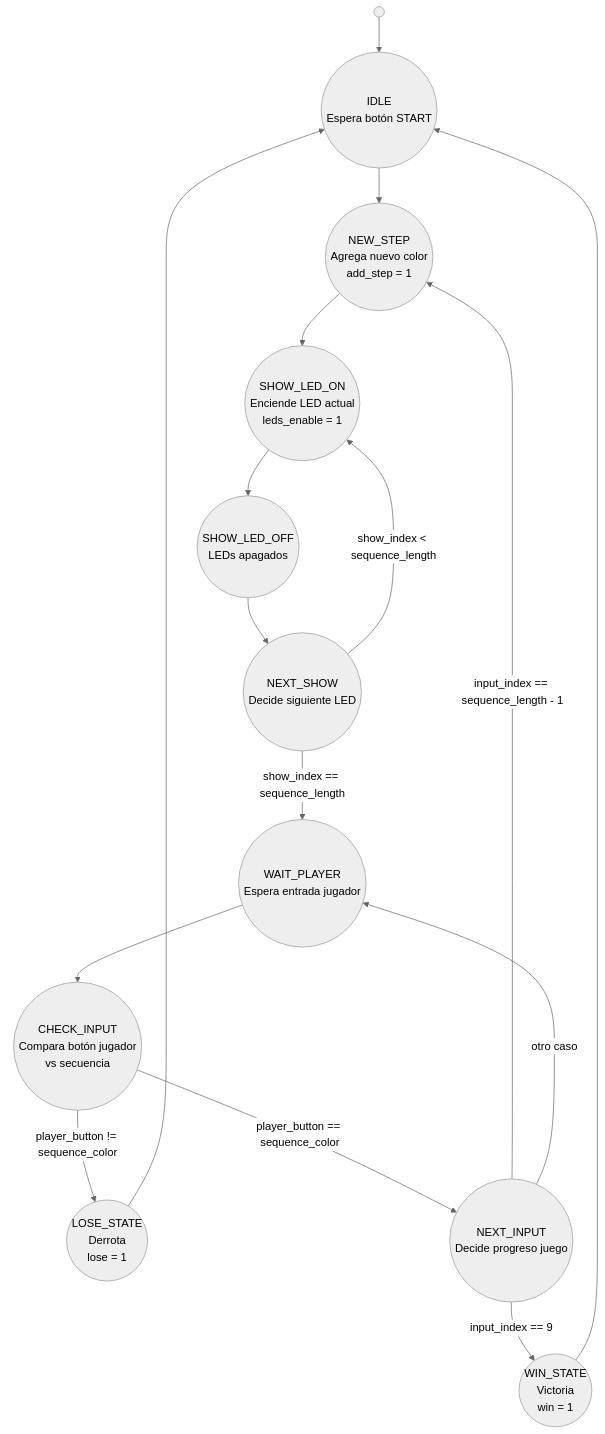
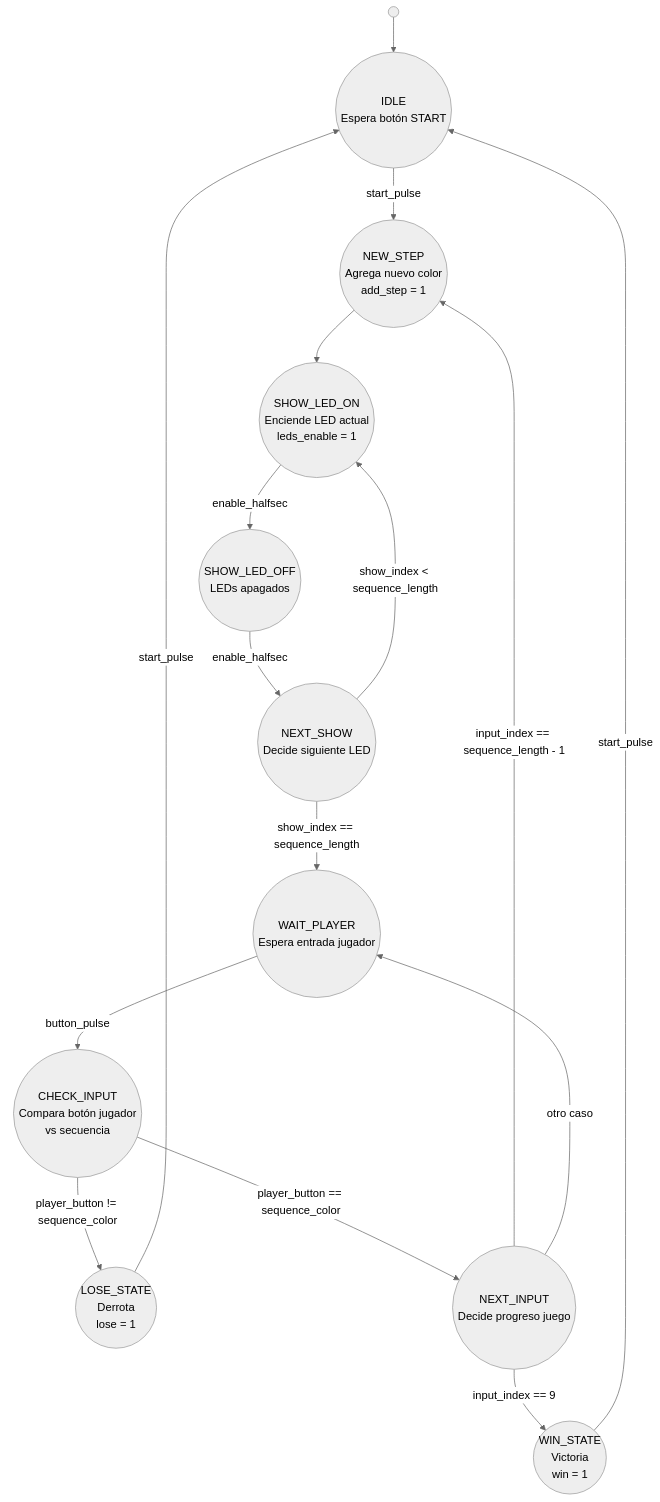
Before and after one commit to JohanTames/PruebasTarea1Micros: the diagram in circulos.md, drawn with Mermaid (neutral theme).

````diff
--- a/circulos.md
+++ b/circulos.md
@@ -1,43 +1,38 @@
 ```mermaid
 flowchart TD
-    %% Nodo de inicio estándar
     inicio(( )) --> IDLE
 
     IDLE((IDLE <br> Espera botón START))
-    IDLE --> NEW_STEP
+    IDLE -- start_pulse --> NEW_STEP
 
     NEW_STEP((NEW_STEP <br> Agrega nuevo color <br> add_step = 1))
     NEW_STEP --> SHOW_LED_ON
 
     SHOW_LED_ON((SHOW_LED_ON <br> Enciende LED actual <br> leds_enable = 1))
-    SHOW_LED_ON --> SHOW_LED_OFF
+    SHOW_LED_ON -- enable_halfsec --> SHOW_LED_OFF
 
     SHOW_LED_OFF((SHOW_LED_OFF <br> LEDs apagados))
-    SHOW_LED_OFF --> NEXT_SHOW
+    SHOW_LED_OFF -- enable_halfsec --> NEXT_SHOW
 
     NEXT_SHOW((NEXT_SHOW <br> Decide siguiente LED))
-
     NEXT_SHOW -- "show_index < sequence_length" --> SHOW_LED_ON
     NEXT_SHOW -- "show_index == sequence_length" --> WAIT_PLAYER
 
     WAIT_PLAYER((WAIT_PLAYER <br> Espera entrada jugador))
-    WAIT_PLAYER --> CHECK_INPUT
+    WAIT_PLAYER -- button_pulse --> CHECK_INPUT
 
     CHECK_INPUT((CHECK_INPUT <br> Compara botón jugador<br>vs secuencia))
-
     CHECK_INPUT -- "player_button != sequence_color" --> LOSE_STATE
     CHECK_INPUT -- "player_button == sequence_color" --> NEXT_INPUT
 
     NEXT_INPUT((NEXT_INPUT <br> Decide progreso juego))
-
     NEXT_INPUT -- "input_index == 9" --> WIN_STATE
     NEXT_INPUT -- "input_index == sequence_length - 1" --> NEW_STEP
     NEXT_INPUT -- "otro caso" --> WAIT_PLAYER
 
     WIN_STATE((WIN_STATE <br> Victoria<br>win = 1))
-    WIN_STATE --> IDLE
+    WIN_STATE -- start_pulse --> IDLE
 
     LOSE_STATE((LOSE_STATE <br> Derrota<br>lose = 1))
-    LOSE_STATE --> IDLE
-
+    LOSE_STATE -- start_pulse --> IDLE
 ```
````
